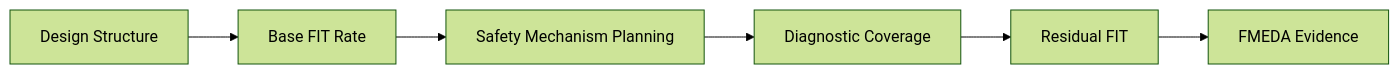
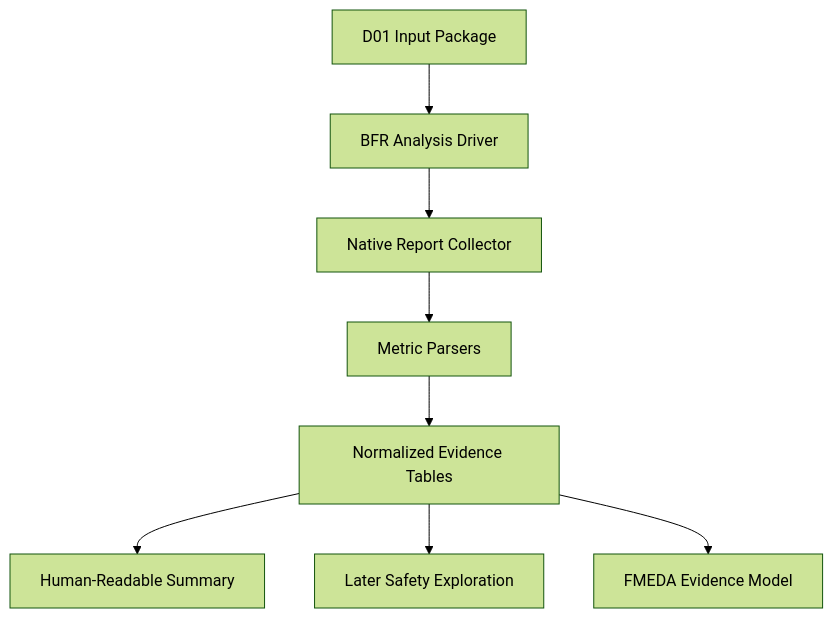
The diagram in articles/02_automotive_safeic_practice_d02_github_en_generic.md (qiqixixi1001/automotive-safeic-practice), drawn with Mermaid (forest theme) before and after one commit. The commit also changed other lines of this file, not shown here.

````diff
--- a/articles/02_automotive_safeic_practice_d02_github_en_generic.md
+++ b/articles/02_automotive_safeic_practice_d02_github_en_generic.md
@@ -129,8 +552,10 @@
 ```mermaid
-flowchart LR
-    A[Design Structure] --> B[Base FIT Rate]
-    B --> C[Safety Mechanism Planning]
-    C --> D[Diagnostic Coverage]
-    D --> E[Residual FIT]
-    E --> F[FMEDA Evidence]
+flowchart TD
+    A[D01 Input Package] --> B[BFR Analysis Driver]
+    B --> C[Native Report Collector]
+    C --> D[Metric Parsers]
+    D --> E[Normalized Evidence Tables]
+    E --> F[Human-Readable Summary]
+    E --> G[Later Safety Exploration]
+    E --> H[FMEDA Evidence Model]
 ```
````
